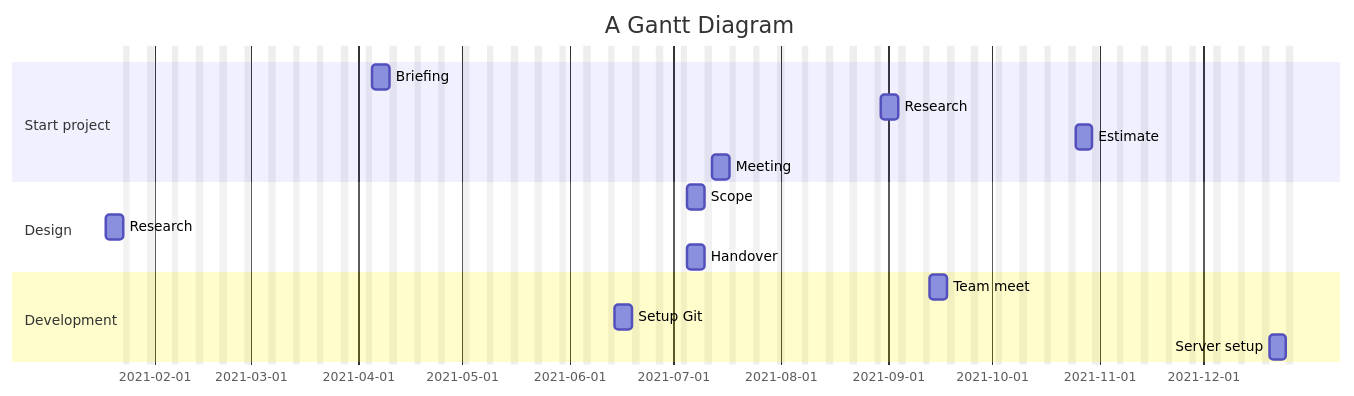
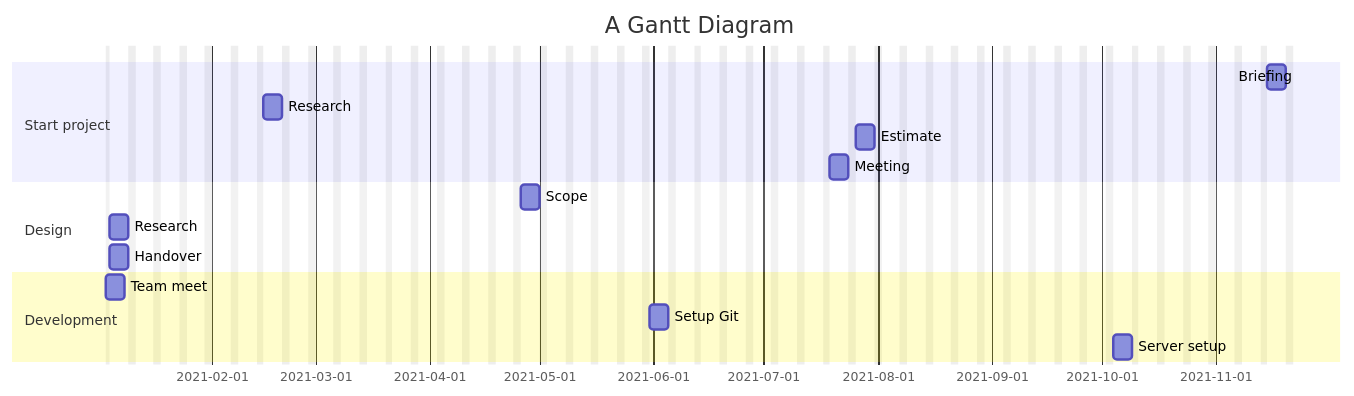
Before and after one commit to MatthijsKamstra/fonkee-issues: the diagram in docs/data/planning_2021.csv.converted.md, drawn with Mermaid. The commit also changed 17 other files, not shown here.

````diff
--- a/docs/data/planning_2021.csv.converted.md
+++ b/docs/data/planning_2021.csv.converted.md
@@ -2,31 +2,31 @@
 ```mermaid
 gantt
 	title A Gantt Diagram
 	dateFormat  YYYY-MM-DD
 	excludes    weekends
 
 	%% section Section
 	%% A task           :a1, 2014-01-01, 30d
 	%% Another task     :after a1  , 20d
 	%% section Another
 	%% Task in sec      :2014-01-12  , 12d
 	%% another task      : 24d
 
 
 	section Start project
-	Briefing		:2021-04-05, 5d
-	Research		:2021-08-30, 5d
-	Estimate		:2021-10-25, 5d
-	Meeting		:2021-07-12, 5d
+	Briefing		:2021-11-15, 5d
+	Research		:2021-02-15, 5d
+	Estimate		:2021-07-26, 5d
+	Meeting		:2021-07-19, 5d
 
 	section Design
-	Scope		:2021-07-05, 5d
-	Research		:2021-01-18, 5d
-	Handover		:2021-07-05, 5d
+	Scope		:2021-04-26, 5d
+	Research		:2021-01-04, 5d
+	Handover		:2021-01-04, 5d
 
 	section Development
-	Team meet		:2021-09-13, 5d
-	Setup Git		:2021-06-14, 5d
-	Server setup		:2021-12-20, 5d
+	Team meet		:2021-01-03, 5d
+	Setup Git		:2021-05-31, 5d
+	Server setup		:2021-10-04, 5d
 
 ```
````
